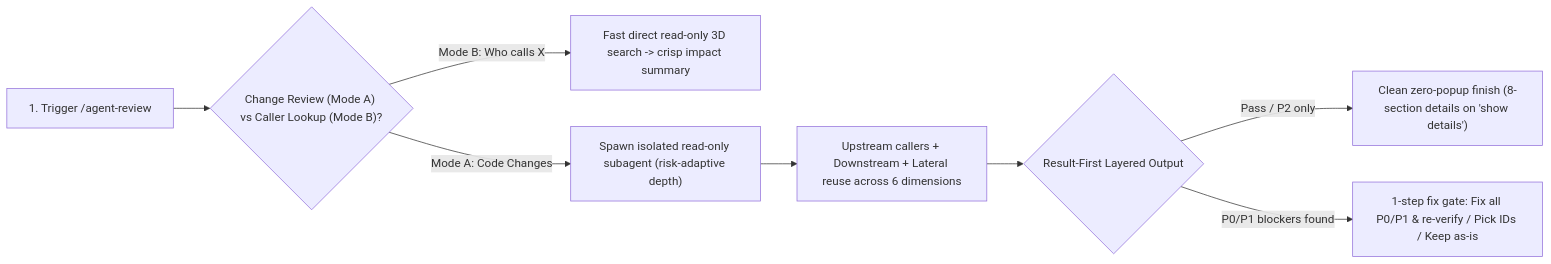
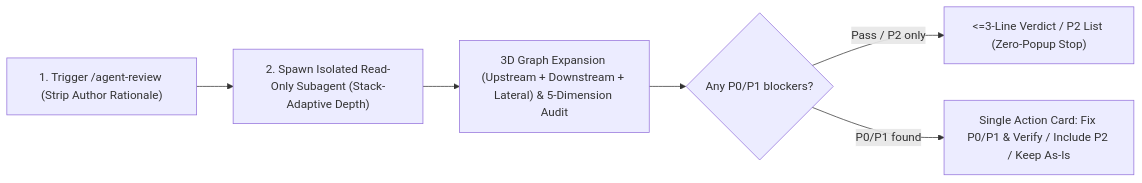
The diagram in skills/agent-review/README.md (lastxuanain/ainward-skills), drawn with Mermaid before and after one commit. The commit also changed other lines of this file and 25 other files, not shown here.

First line of the commit message:
refactor: streamline all 6 skills to v2 with crisp boundaries and self-contained plans

````diff
--- a/skills/agent-review/README.md
+++ b/skills/agent-review/README.md
@@ -27,10 +22,8 @@
 ```mermaid
 flowchart LR
-    A["1. Trigger /agent-review"] --> B{"Change Review (Mode A) vs Caller Lookup (Mode B)?"}
-    B -- "Mode B: Who calls X" --> C["Fast direct read-only 3D search -> crisp impact summary"]
-    B -- "Mode A: Code Changes" --> D["Spawn isolated read-only subagent (risk-adaptive depth)"]
-    D --> E["Upstream callers + Downstream + Lateral reuse across 6 dimensions"]
-    E --> F{"Result-First Layered Output"}
-    F -- "Pass / P2 only" --> G["Clean zero-popup finish (8-section details on 'show details')"]
-    F -- "P0/P1 blockers found" --> H["1-step fix gate: Fix all P0/P1 & re-verify / Pick IDs / Keep as-is"]
+    A["1. Trigger /agent-review (Strip Author Rationale)"] --> B["2. Spawn Isolated Read-Only Subagent (Stack-Adaptive Depth)"]
+    B --> C["3D Graph Expansion (Upstream + Downstream + Lateral) & 5-Dimension Audit"]
+    C --> D{"Any P0/P1 blockers?"}
+    D -- "Pass / P2 only" --> E["<=3-Line Verdict / P2 List (Zero-Popup Stop)"]
+    D -- "P0/P1 found" --> F["Single Action Card: Fix P0/P1 & Verify / Include P2 / Keep As-Is"]
 ```
````
